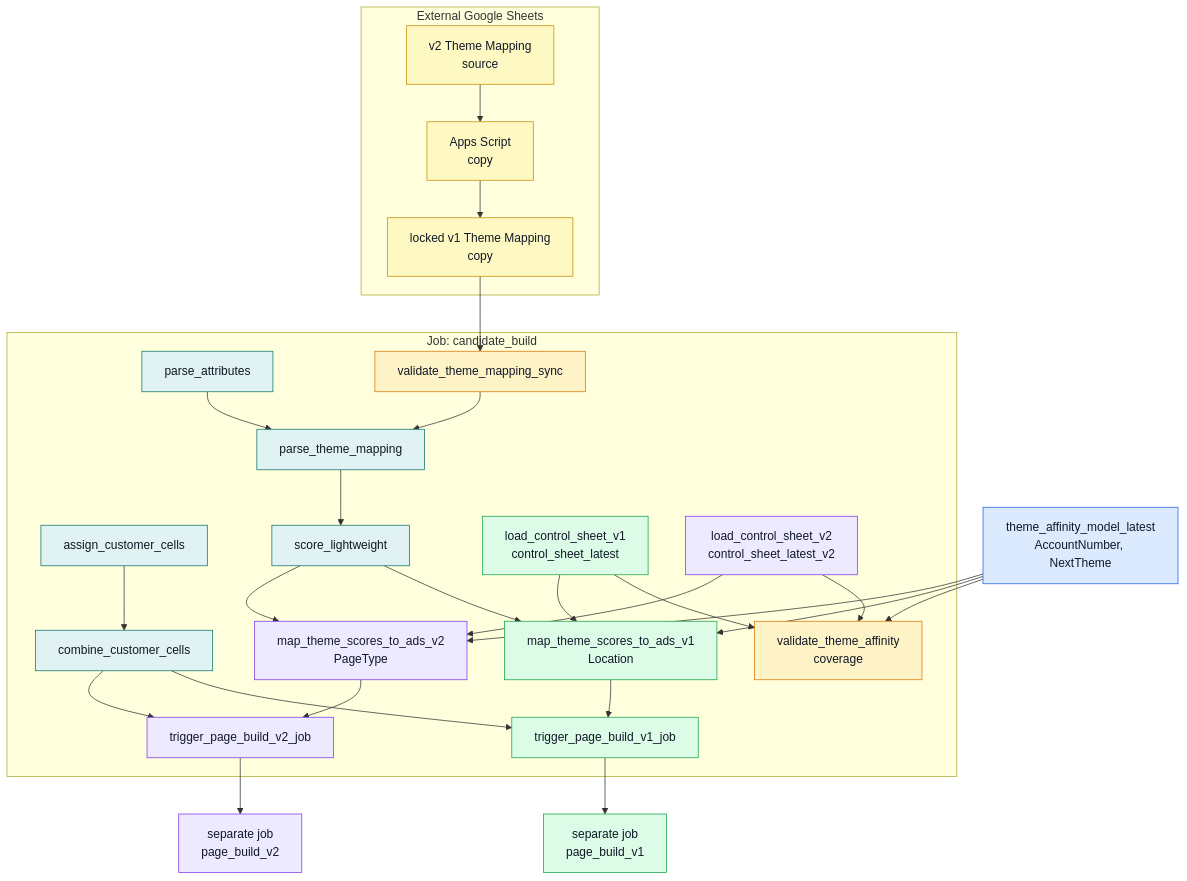
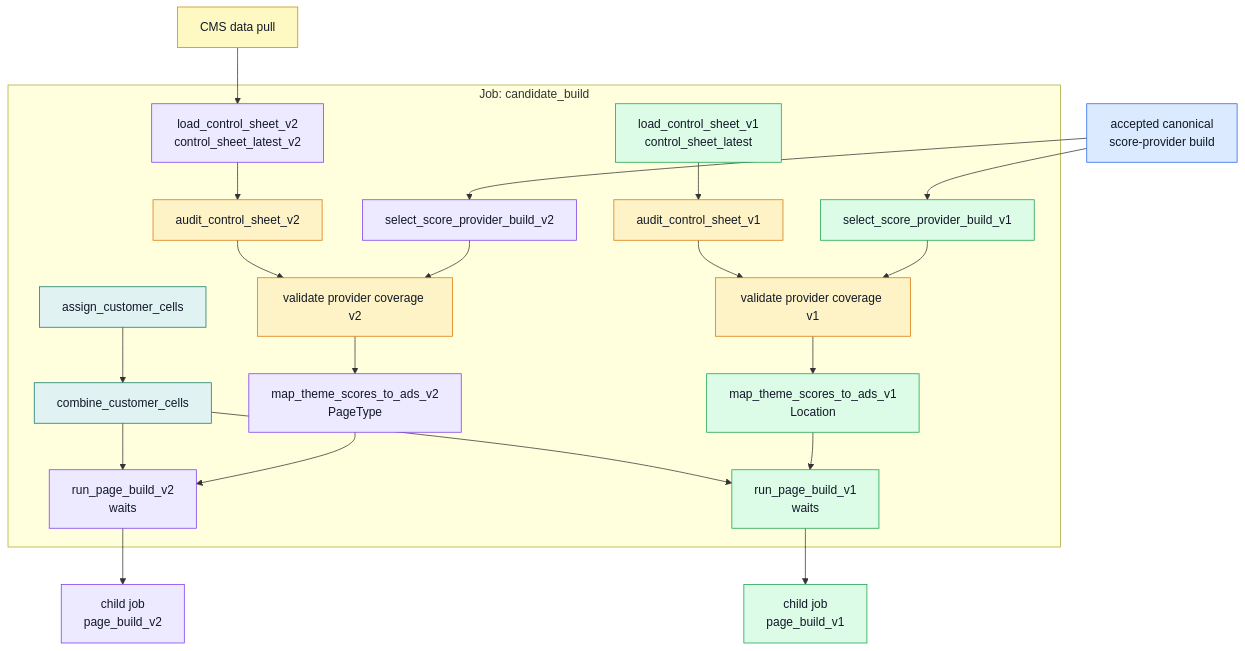
Before and after one commit to swblain-glyndwr/personal_project: the second of 7 diagrams in docs/CICD/nextads_databricks_runtime_map.md, drawn with Mermaid. The commit also changed other lines of this file and 36 other files, not shown here.

````diff
--- a/docs/CICD/nextads_databricks_runtime_map.md
+++ b/docs/CICD/nextads_databricks_runtime_map.md
@@ -72,54 +74,47 @@
 ```mermaid
 flowchart TD
   classDef sharedModel fill:#dbeafe,stroke:#2563eb,color:#111827
   classDef sharedTask fill:#e0f2f1,stroke:#0f766e,color:#111827
   classDef v1 fill:#dcfce7,stroke:#16a34a,color:#111827
   classDef v2 fill:#ede9fe,stroke:#7c3aed,color:#111827
   classDef guardrail fill:#fef3c7,stroke:#d97706,color:#111827
   classDef external fill:#fef9c3,stroke:#ca8a04,color:#111827
 
-  subgraph SHEETS["External Google Sheets"]
-    v2_theme_mapping["v2 Theme Mapping<br/>source"]:::external
-    app_script["Apps Script<br/>copy"]:::external
-    v1_theme_mapping["locked v1 Theme Mapping<br/>copy"]:::external
-    v2_theme_mapping --> app_script --> v1_theme_mapping
-  end
-
-  theme_affinity_latest["theme_affinity_model_latest<br/>AccountNumber, NextTheme"]:::sharedModel
+  provider_build["accepted canonical<br/>score-provider build"]:::sharedModel
+  cms_pull["CMS data pull"]:::external
 
   subgraph CANDIDATE_JOB["Job: candidate_build"]
     assign_customer_cells["assign_customer_cells"]:::sharedTask
     combine_customer_cells["combine_customer_cells"]:::sharedTask
-    parse_attributes["parse_attributes"]:::sharedTask
-    validate_theme_mapping_sync["validate_theme_mapping_sync"]:::guardrail
-    parse_theme_mapping["parse_theme_mapping"]:::sharedTask
-    score_lightweight["score_lightweight"]:::sharedTask
     load_control_sheet_v1["load_control_sheet_v1<br/>control_sheet_latest"]:::v1
+    audit_control_sheet_v1["audit_control_sheet_v1"]:::guardrail
     load_control_sheet_v2["load_control_sheet_v2<br/>control_sheet_latest_v2"]:::v2
-    validate_theme_affinity_theme_coverage["validate_theme_affinity<br/>coverage"]:::guardrail
+    audit_control_sheet_v2["audit_control_sheet_v2"]:::guardrail
+    select_provider_v1["select_score_provider_build_v1"]:::v1
+    select_provider_v2["select_score_provider_build_v2"]:::v2
+    validate_provider_coverage_v1["validate provider coverage v1"]:::guardrail
+    validate_provider_coverage_v2["validate provider coverage v2"]:::guardrail
     map_theme_scores_to_ads_v1["map_theme_scores_to_ads_v1<br/>Location"]:::v1
     map_theme_scores_to_ads_v2["map_theme_scores_to_ads_v2<br/>PageType"]:::v2
-    trigger_page_build_v1_job["trigger_page_build_v1_job"]:::v1
-    trigger_page_build_v2_job["trigger_page_build_v2_job"]:::v2
+    run_page_build_v1["run_page_build_v1<br/>waits"]:::v1
+    run_page_build_v2["run_page_build_v2<br/>waits"]:::v2
   end
 
   assign_customer_cells --> combine_customer_cells
-  v1_theme_mapping --> validate_theme_mapping_sync
-  validate_theme_mapping_sync --> parse_theme_mapping
-  parse_attributes --> parse_theme_mapping --> score_lightweight
-  load_control_sheet_v1 --> validate_theme_affinity_theme_coverage
-  load_control_sheet_v2 --> validate_theme_affinity_theme_coverage
-  theme_affinity_latest --> validate_theme_affinity_theme_coverage
-  load_control_sheet_v1 --> map_theme_scores_to_ads_v1
-  theme_affinity_latest --> map_theme_scores_to_ads_v1
-  score_lightweight --> map_theme_scores_to_ads_v1
-  load_control_sheet_v2 --> map_theme_scores_to_ads_v2
-  theme_affinity_latest --> map_theme_scores_to_ads_v2
-  score_lightweight --> map_theme_scores_to_ads_v2
-  combine_customer_cells --> trigger_page_build_v1_job
-  map_theme_scores_to_ads_v1 --> trigger_page_build_v1_job
-  combine_customer_cells --> trigger_page_build_v2_job
-  map_theme_scores_to_ads_v2 --> trigger_page_build_v2_job
-  trigger_page_build_v1_job --> page_build["separate job<br/>page_build_v1"]:::v1
-  trigger_page_build_v2_job --> page_build_v2["separate job<br/>page_build_v2"]:::v2
+  load_control_sheet_v1 --> audit_control_sheet_v1
+  cms_pull --> load_control_sheet_v2 --> audit_control_sheet_v2
+  provider_build --> select_provider_v1
+  provider_build --> select_provider_v2
+  audit_control_sheet_v1 --> validate_provider_coverage_v1
+  select_provider_v1 --> validate_provider_coverage_v1
+  audit_control_sheet_v2 --> validate_provider_coverage_v2
+  select_provider_v2 --> validate_provider_coverage_v2
+  validate_provider_coverage_v1 --> map_theme_scores_to_ads_v1
+  validate_provider_coverage_v2 --> map_theme_scores_to_ads_v2
+  combine_customer_cells --> run_page_build_v1
+  map_theme_scores_to_ads_v1 --> run_page_build_v1
+  combine_customer_cells --> run_page_build_v2
+  map_theme_scores_to_ads_v2 --> run_page_build_v2
+  run_page_build_v1 --> page_build["child job<br/>page_build_v1"]:::v1
+  run_page_build_v2 --> page_build_v2["child job<br/>page_build_v2"]:::v2
 ```
````
